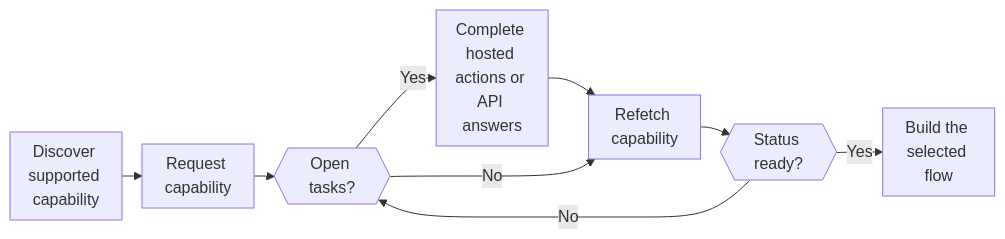
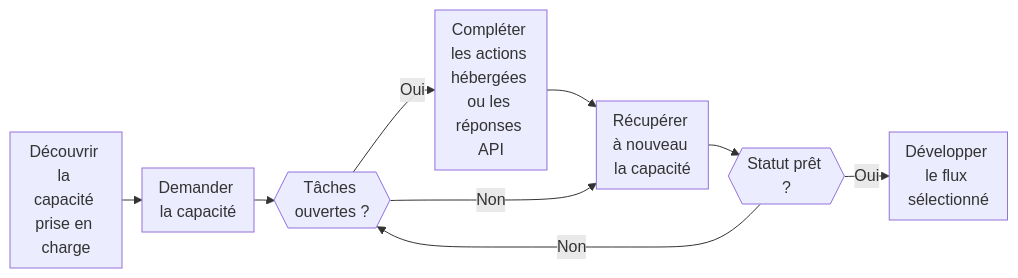
One commit to swipelux/public-docs changed the diagram in fr/integration/onboarding/capabilities-and-requirements.mdx. Above: the diagram before and after it, drawn with Mermaid. The commit also changed other lines of this file and 285 other files, not shown here.

````diff
--- a/fr/integration/onboarding/capabilities-and-requirements.mdx
+++ b/fr/integration/onboarding/capabilities-and-requirements.mdx
@@ -8,12 +8,12 @@
 ```mermaid
 %%{init: {"flowchart": {"rankSpacing": 20, "nodeSpacing": 16, "wrappingWidth": 80, "padding": 8}}}%%
 flowchart LR
-  A["Discover supported capability"] --> B["Request capability"]
-  B --> C{{"Open tasks?"}}
-  C -->|"Yes"| D["Complete hosted actions or API answers"]
-  D --> E["Refetch capability"]
-  C -->|"No"| E
-  E --> F{{"Status ready?"}}
-  F -->|"No"| C
-  F -->|"Yes"| G["Build the selected flow"]
+  A["Découvrir la capacité prise en charge"] --> B["Demander la capacité"]
+  B --> C{{"Tâches ouvertes ?"}}
+  C -->|"Oui"| D["Compléter les actions hébergées ou les réponses API"]
+  D --> E["Récupérer à nouveau la capacité"]
+  C -->|"Non"| E
+  E --> F{{"Statut prêt ?"}}
+  F -->|"Non"| C
+  F -->|"Oui"| G["Développer le flux sélectionné"]
 ```
````
